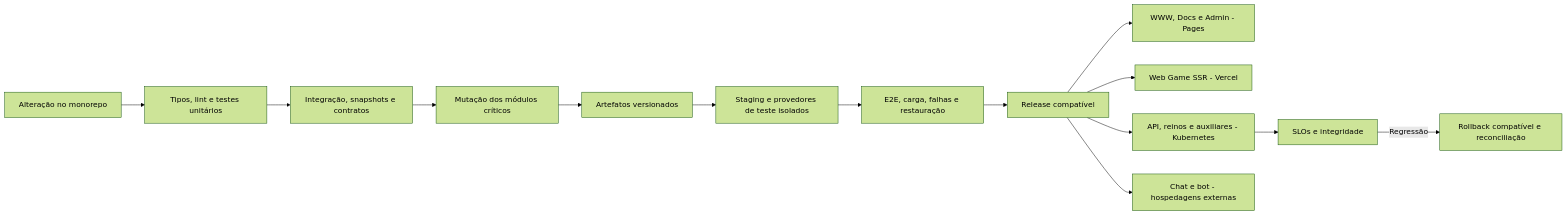
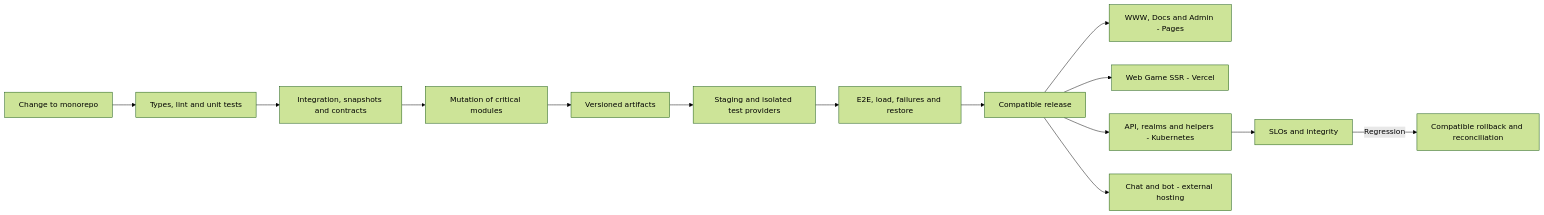
Before and after one commit to ReeseArch64/opencok: the tenth of 14 diagrams in .github/ARCHITECTURE.md, drawn with Mermaid (forest theme). The commit also changed other lines of this file and 10 other files, not shown here.

````diff
--- a/.github/ARCHITECTURE.md
+++ b/.github/ARCHITECTURE.md
@@ -1011,16 +985,16 @@
 ```mermaid
 flowchart LR
-  change[Alteração no monorepo] --> ci[Tipos, lint e testes unitários]
-  ci --> contracts[Integração, snapshots e contratos]
-  contracts --> mutation[Mutação dos módulos críticos]
-  mutation --> artifacts[Artefatos versionados]
-  artifacts --> staging[Staging e provedores de teste isolados]
-  staging --> e2e[E2E, carga, falhas e restauração]
-  e2e --> release[Release compatível]
-  release --> pages[WWW, Docs e Admin - Pages]
+  change[Change to monorepo] --> ci[Types, lint and unit tests]
+  ci --> contracts[Integration, snapshots and contracts]
+  contracts --> mutation[Mutation of critical modules]
+  mutation --> artifacts[Versioned artifacts]
+  artifacts --> staging[Staging and isolated test providers]
+  staging --> e2e[E2E, load, failures and restore]
+  e2e --> release[Compatible release]
+  release --> pages[WWW, Docs and Admin - Pages]
   release --> vercel[Web Game SSR - Vercel]
-  release --> k8s[API, reinos e auxiliares - Kubernetes]
-  release --> external[Chat e bot - hospedagens externas]
-  k8s --> observe[SLOs e integridade]
-  observe -->|Regressão| rollback[Rollback compatível e reconciliação]
+  release --> k8s[API, realms and helpers - Kubernetes]
+  release --> external[Chat and bot - external hosting]
+  k8s --> observe[SLOs and integrity]
+  observe -->|Regression| rollback[Compatible rollback and reconciliation]
 ```
````
